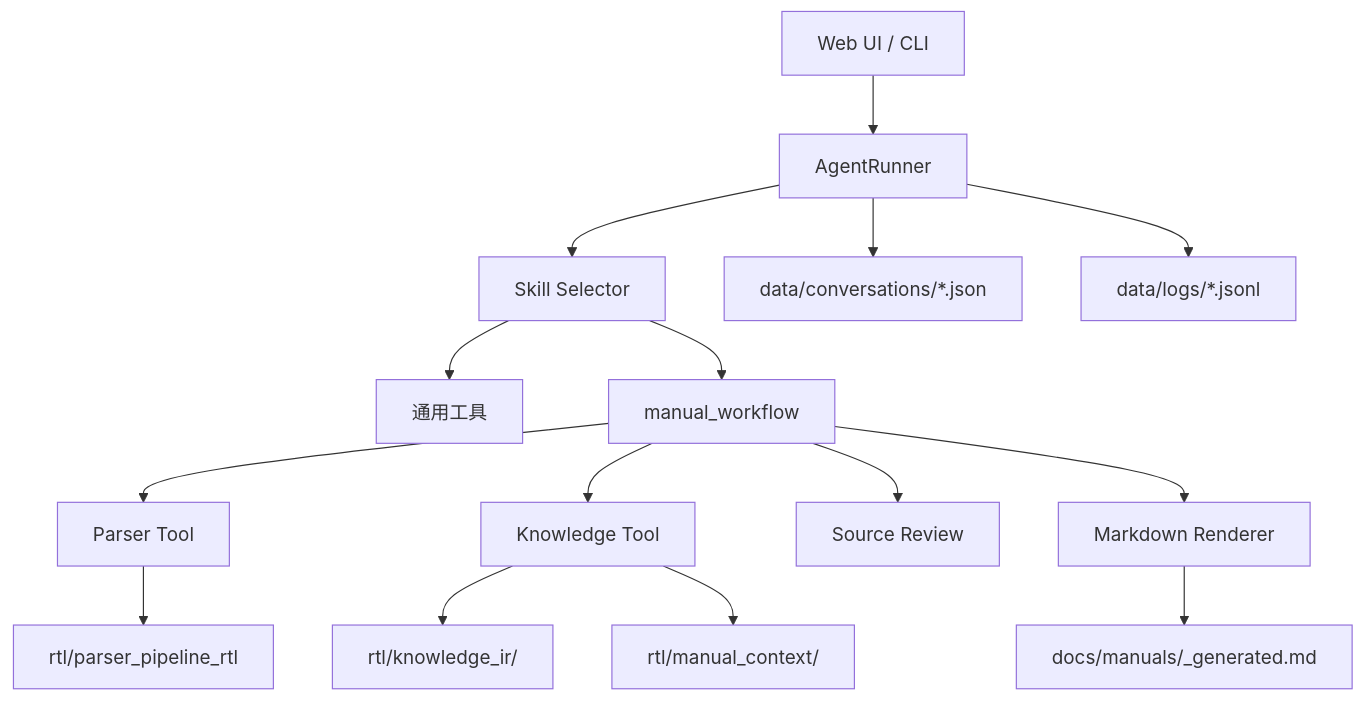
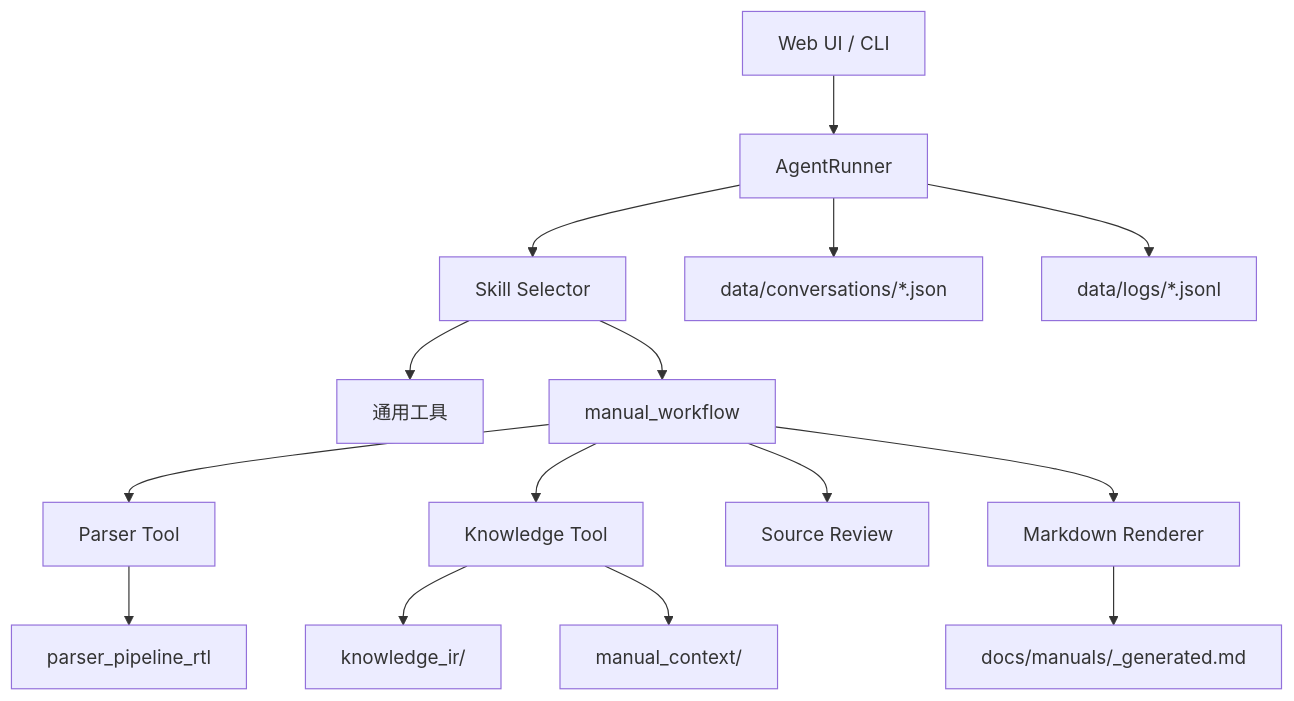
One commit to qcjjsyx/LX-Agent-main changed the diagram in LX-Agent-main/README.md. Above: the diagram before and after it, drawn with Mermaid. The commit also changed other lines of this file and 14 other files, not shown here.

````diff
--- a/LX-Agent-main/README.md
+++ b/LX-Agent-main/README.md
@@ -60,17 +60,17 @@
 ```mermaid
 flowchart TD
     UI["Web UI / CLI"] --> Runner["AgentRunner"]
     Runner --> Selector["Skill Selector"]
     Selector --> GeneralTools["通用工具"]
     Selector --> ManualWorkflow["manual_workflow"]
     ManualWorkflow --> Parser["Parser Tool"]
-    Parser --> ParserArtifacts["rtl/parser_pipeline_rtl"]
+    Parser --> ParserArtifacts["parser_pipeline_rtl"]
     ManualWorkflow --> Knowledge["Knowledge Tool"]
-    Knowledge --> KnowledgeIR["rtl/knowledge_ir/<top_module>"]
-    Knowledge --> ManualContext["rtl/manual_context/<top_module>"]
+    Knowledge --> KnowledgeIR["knowledge_ir/<top_module>"]
+    Knowledge --> ManualContext["manual_context/<top_module>"]
     ManualWorkflow --> SourceReview["Source Review"]
     ManualWorkflow --> Render["Markdown Renderer"]
     Render --> Manual["docs/manuals/<top_module>_generated.md"]
     Runner --> ConversationStore["data/conversations/*.json"]
     Runner --> EventLogs["data/logs/*.jsonl"]
 ```
````
